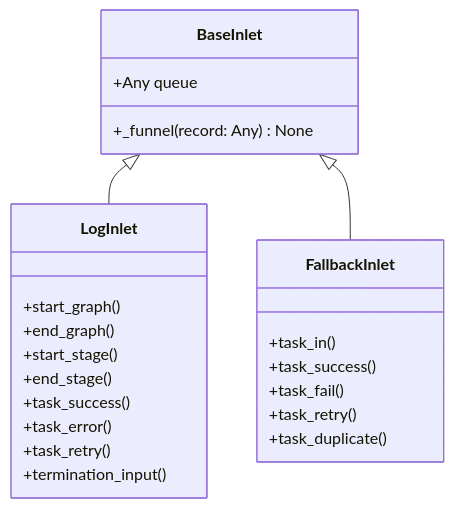
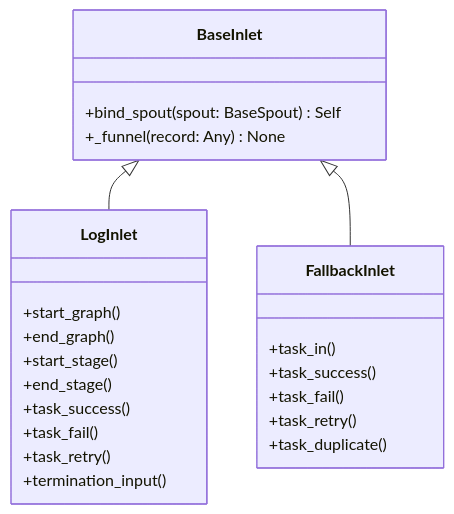
The diagram in docs/ja/src/funnel/core_inlet.md (Mr-xiaotian/CelestialFlow), drawn with Mermaid before and after one commit. The commit also changed other lines of this file and 156 other files, not shown here.

````diff
--- a/docs/ja/src/funnel/core_inlet.md
+++ b/docs/ja/src/funnel/core_inlet.md
@@ -42,26 +67,26 @@
 ```mermaid
 classDiagram
     class BaseInlet {
-        +Any queue
+        +bind_spout(spout: BaseSpout) Self
         +_funnel(record: Any) None
     }
     class LogInlet {
         +start_graph()
         +end_graph()
         +start_stage()
         +end_stage()
         +task_success()
-        +task_error()
+        +task_fail()
         +task_retry()
         +termination_input()
     }
     class FallbackInlet {
         +task_in()
         +task_success()
         +task_fail()
         +task_retry()
         +task_duplicate()
     }
     BaseInlet <|-- LogInlet
     BaseInlet <|-- FallbackInlet
 ```
````
